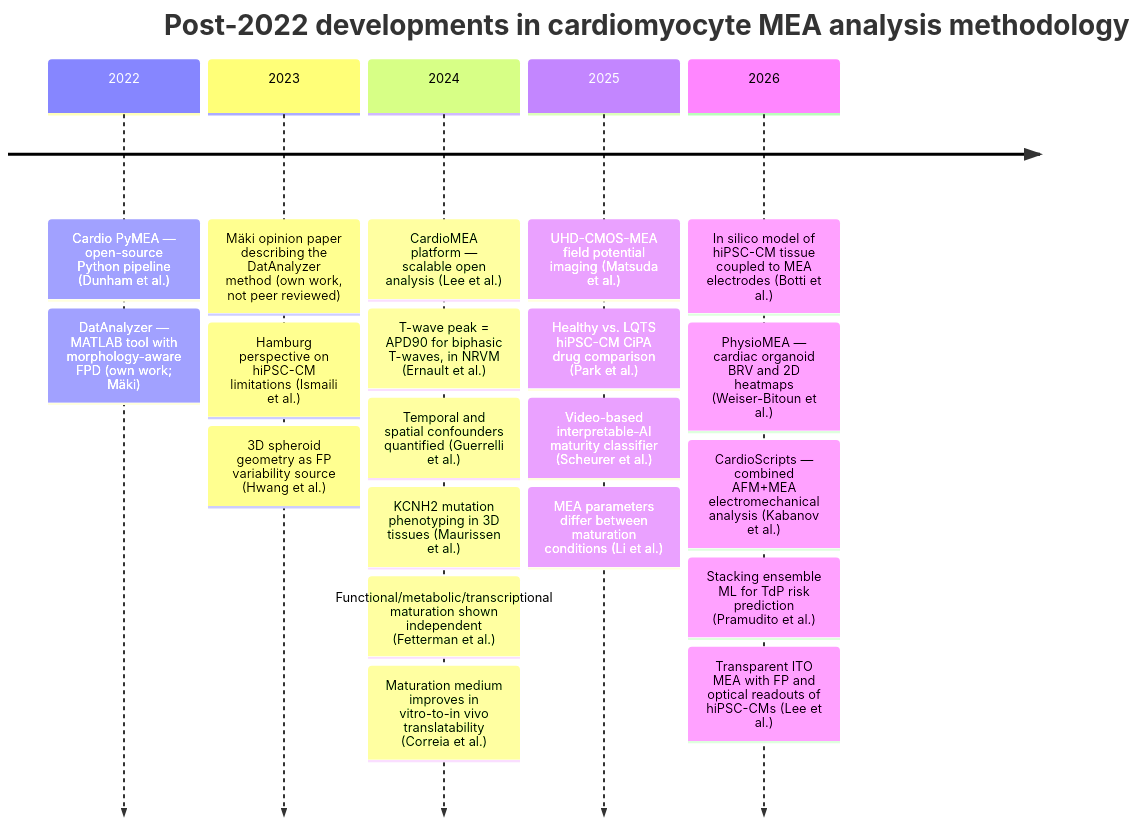
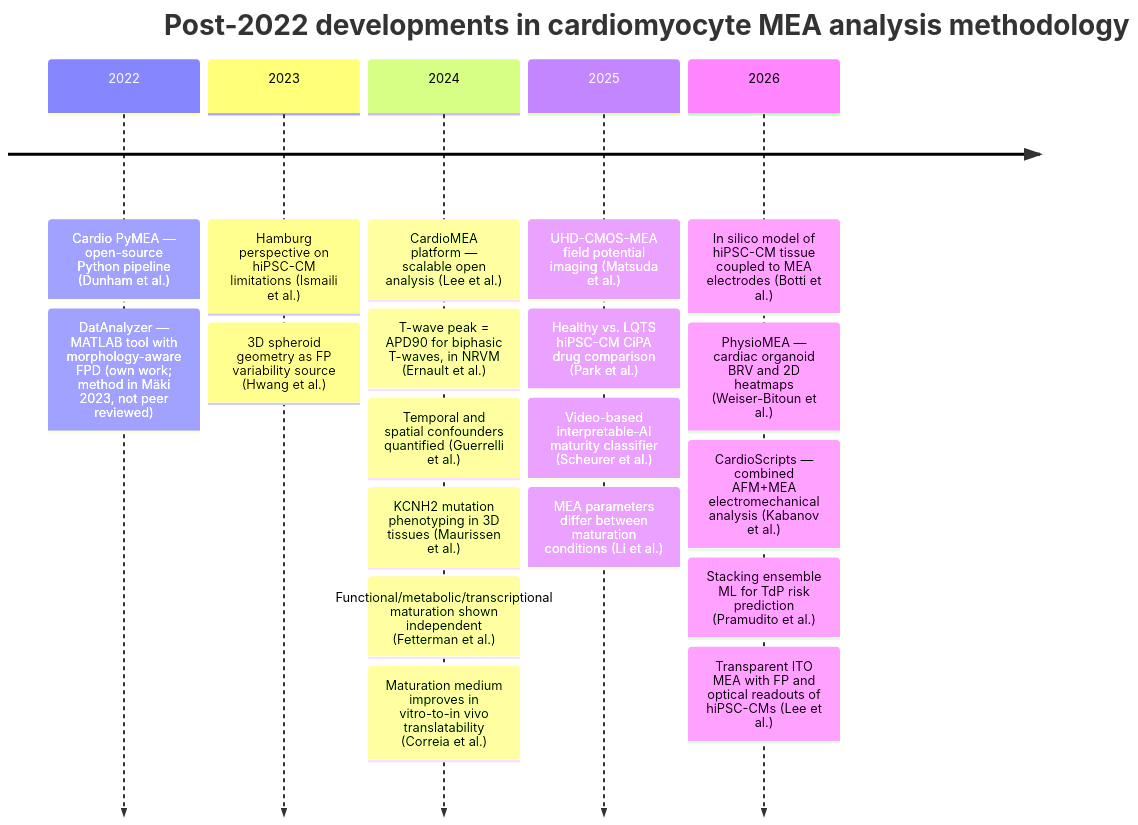
Before and after one commit to AnaHill/MEA_review_llm_wiki: the first of 2 diagrams in main.md, drawn with Mermaid. The commit also changed 2 other files, not shown here.

Commit message:
show own work only once in the timeline by merging the opinion paper into the DatAnalyzer entry

````diff
--- a/main.md
+++ b/main.md
@@ -70,24 +70,23 @@
 ```mermaid
 timeline
     title Post-2022 developments in cardiomyocyte MEA analysis methodology
     2022 : Cardio PyMEA — open-source Python pipeline (Dunham et al.)
-         : DatAnalyzer — MATLAB tool with morphology-aware FPD (own work; Mäki)
-    2023 : Mäki opinion paper describing the DatAnalyzer method (own work, not peer reviewed)
-         : Hamburg perspective on hiPSC-CM limitations (Ismaili et al.)
+         : DatAnalyzer — MATLAB tool with morphology-aware FPD (own work; method in Mäki 2023, not peer reviewed)
+    2023 : Hamburg perspective on hiPSC-CM limitations (Ismaili et al.)
          : 3D spheroid geometry as FP variability source (Hwang et al.)
     2024 : CardioMEA platform — scalable open analysis (Lee et al.)
          : T-wave peak = APD90 for biphasic T-waves, in NRVM (Ernault et al.)
          : Temporal and spatial confounders quantified (Guerrelli et al.)
          : KCNH2 mutation phenotyping in 3D tissues (Maurissen et al.)
          : Functional/metabolic/transcriptional maturation shown independent (Fetterman et al.)
          : Maturation medium improves in vitro-to-in vivo translatability (Correia et al.)
     2025 : UHD-CMOS-MEA field potential imaging (Matsuda et al.)
          : Healthy vs. LQTS hiPSC-CM CiPA drug comparison (Park et al.)
          : Video-based interpretable-AI maturity classifier (Scheurer et al.)
          : MEA parameters differ between maturation conditions (Li et al.)
     2026 : In silico model of hiPSC-CM tissue coupled to MEA electrodes (Botti et al.)
          : PhysioMEA — cardiac organoid BRV and 2D heatmaps (Weiser-Bitoun et al.)
          : CardioScripts — combined AFM+MEA electromechanical analysis (Kabanov et al.)
          : Stacking ensemble ML for TdP risk prediction (Pramudito et al.)
          : Transparent ITO MEA with FP and optical readouts of hiPSC-CMs (Lee et al.)
 ```
````
